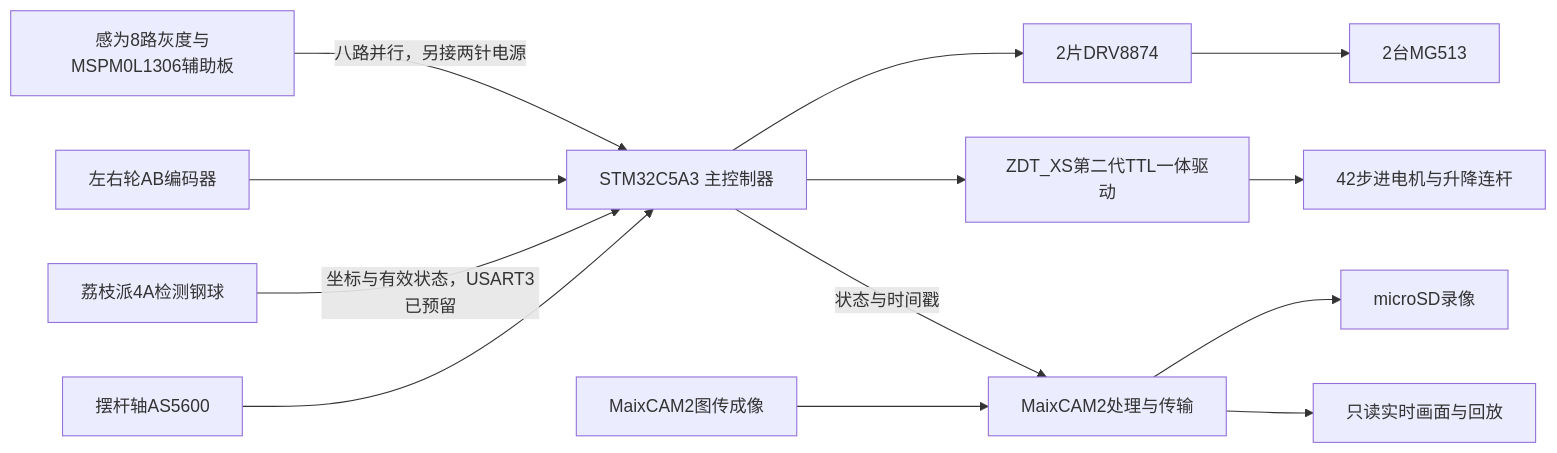
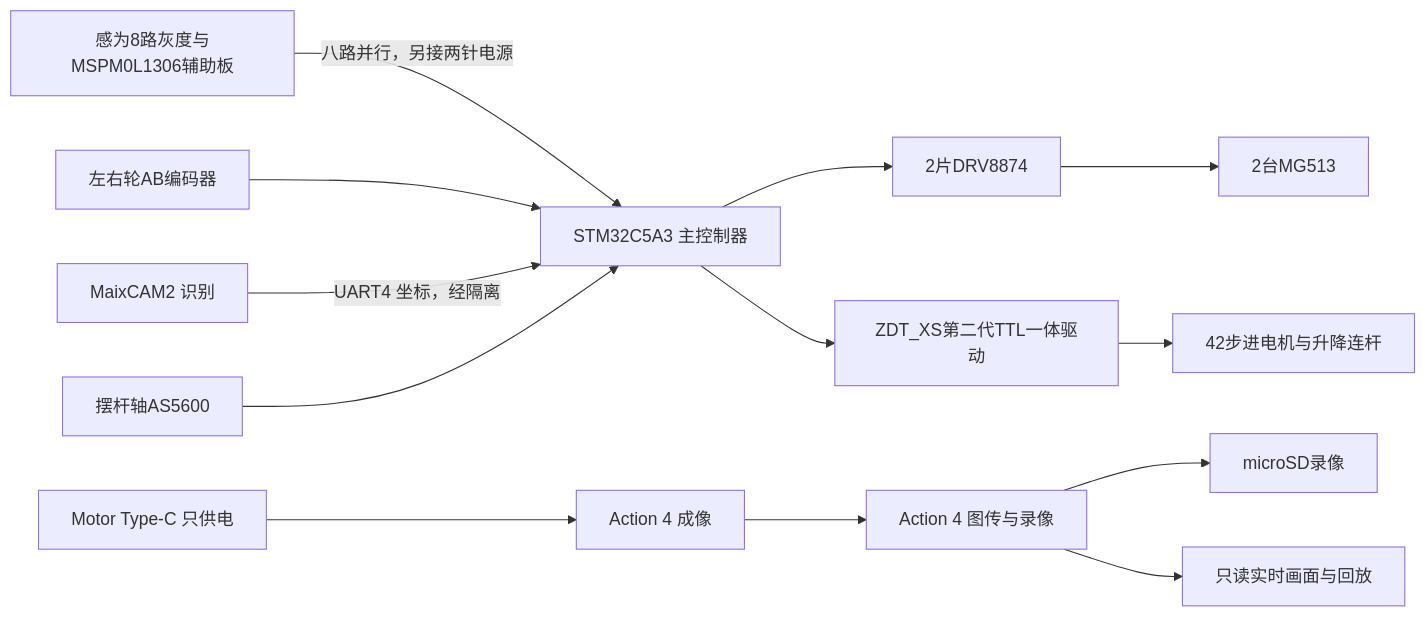
The diagram in Documentation/explanation/a-system-outline.md (SmallCoral/c5-car), drawn with Mermaid before and after one commit. The commit also changed other lines of this file and 332 other files, not shown here.

````diff
--- a/Documentation/explanation/a-system-outline.md
+++ b/Documentation/explanation/a-system-outline.md
@@ -34,15 +34,15 @@
 ```mermaid
 flowchart LR
     Track[感为8路灰度与MSPM0L1306辅助板] -->|八路并行，另接两针电源| STM[STM32C5A3 主控制器]
     Wheels[左右轮AB编码器] --> STM
-    Beam[荔枝派4A检测钢球] -->|坐标与有效状态，USART3已预留| STM
+    Beam[MaixCAM2 识别] -->|UART4 坐标，经隔离| STM
     Angle[摆杆轴AS5600] --> STM
     STM --> Drive[2片DRV8874]
     Drive --> Motors[2台MG513]
     STM --> Step[ZDT_XS第二代TTL一体驱动]
     Step --> Actuator[42步进电机与升降连杆]
-    Camera[MaixCAM2图传成像] --> S3[MaixCAM2处理与传输]
+    Camera[Action 4 成像] --> S3[Action 4 图传与录像]
     S3 --> SD[microSD录像]
     S3 --> View[只读实时画面与回放]
-    STM -->|状态与时间戳| S3
+    Power[Motor Type-C 只供电] --> Camera
 ```
````
